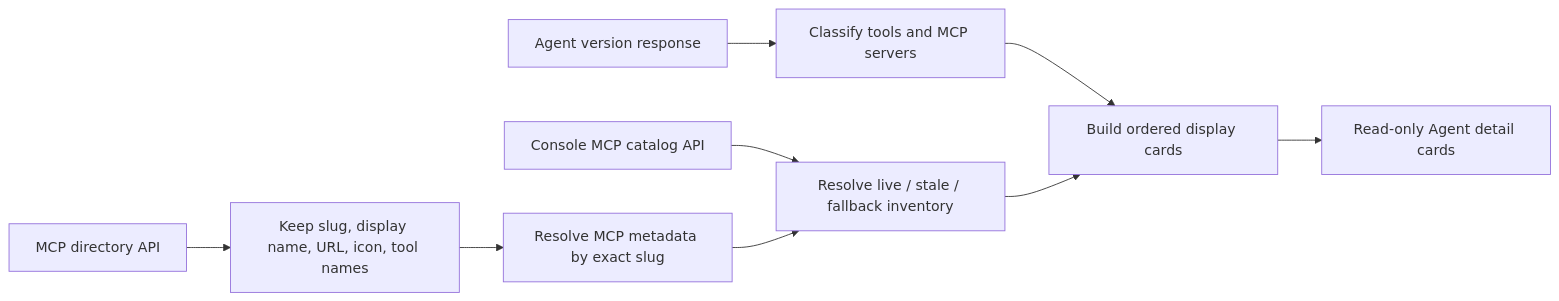
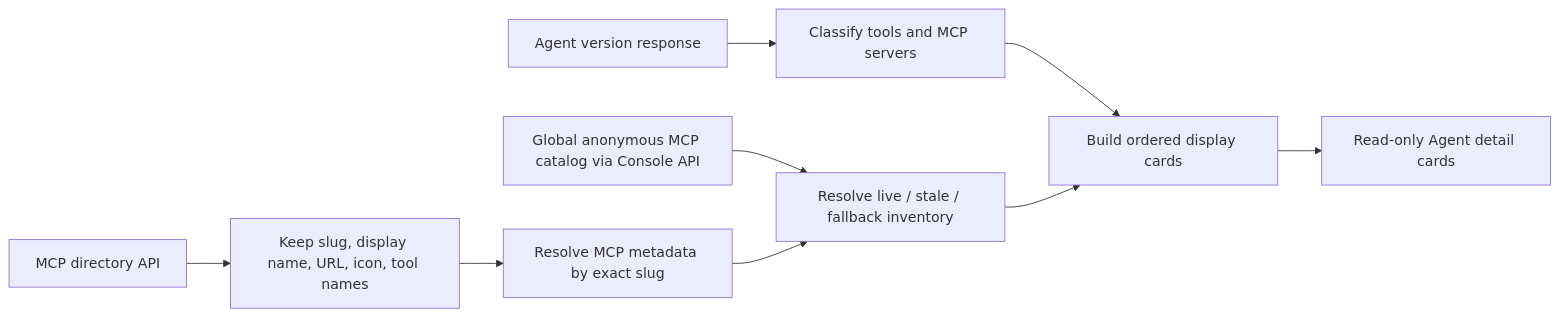
The diagram in docs/design/fe/agent-detail-mcp-tools.md (superduck-ai/open-managed-agents), drawn with Mermaid before and after one commit. The commit also changed other lines of this file and 15 other files, not shown here.

Commit message:
Simplify MCP catalog identity

````diff
--- a/docs/design/fe/agent-detail-mcp-tools.md
+++ b/docs/design/fe/agent-detail-mcp-tools.md
@@ -21,11 +21,11 @@
 ```mermaid
 flowchart LR
   Agent["Agent version response"] --> Classify["Classify tools and MCP servers"]
   Directory["MCP directory API"] --> Normalize["Keep slug, display name, URL, icon, tool names"]
   Normalize --> Resolve["Resolve MCP metadata by exact slug"]
-  Catalog["Console MCP catalog API"] --> Inventory["Resolve live / stale / fallback inventory"]
+  Catalog["Global anonymous MCP catalog via Console API"] --> Inventory["Resolve live / stale / fallback inventory"]
   Resolve --> Inventory
   Classify --> Cards["Build ordered display cards"]
   Inventory --> Cards
   Cards --> Detail["Read-only Agent detail cards"]
 ```
````
